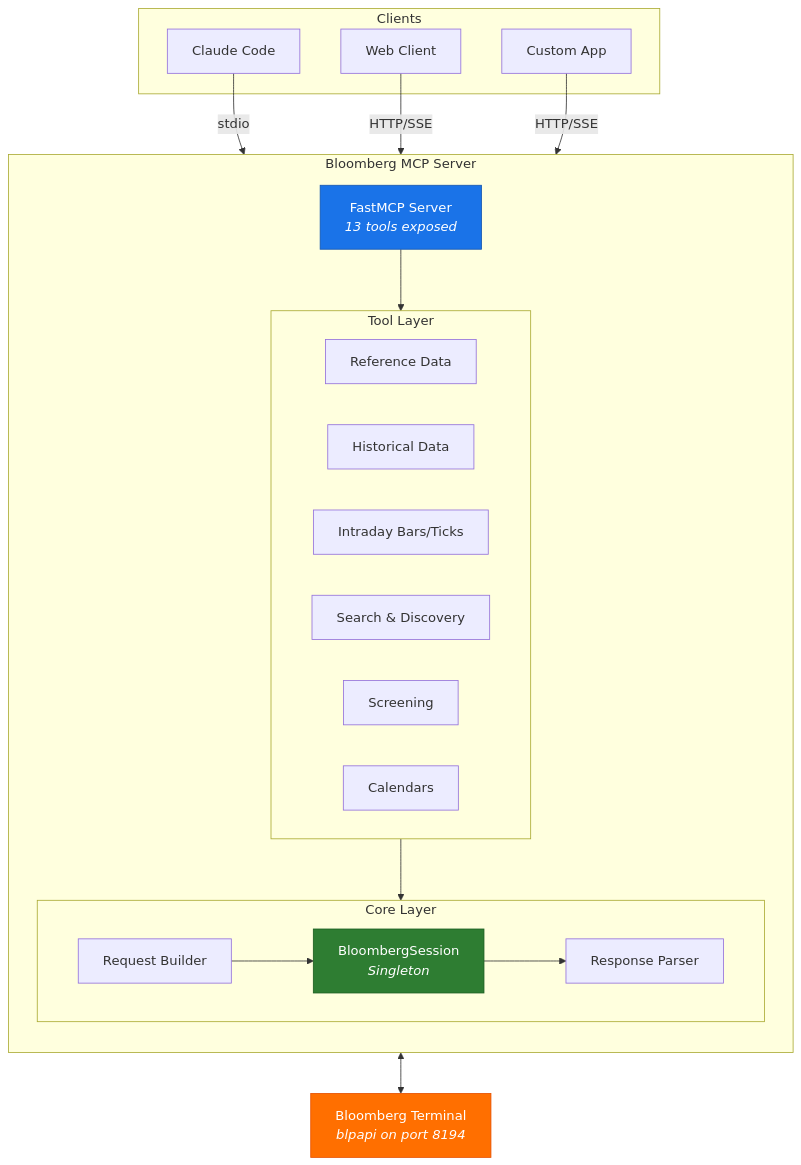
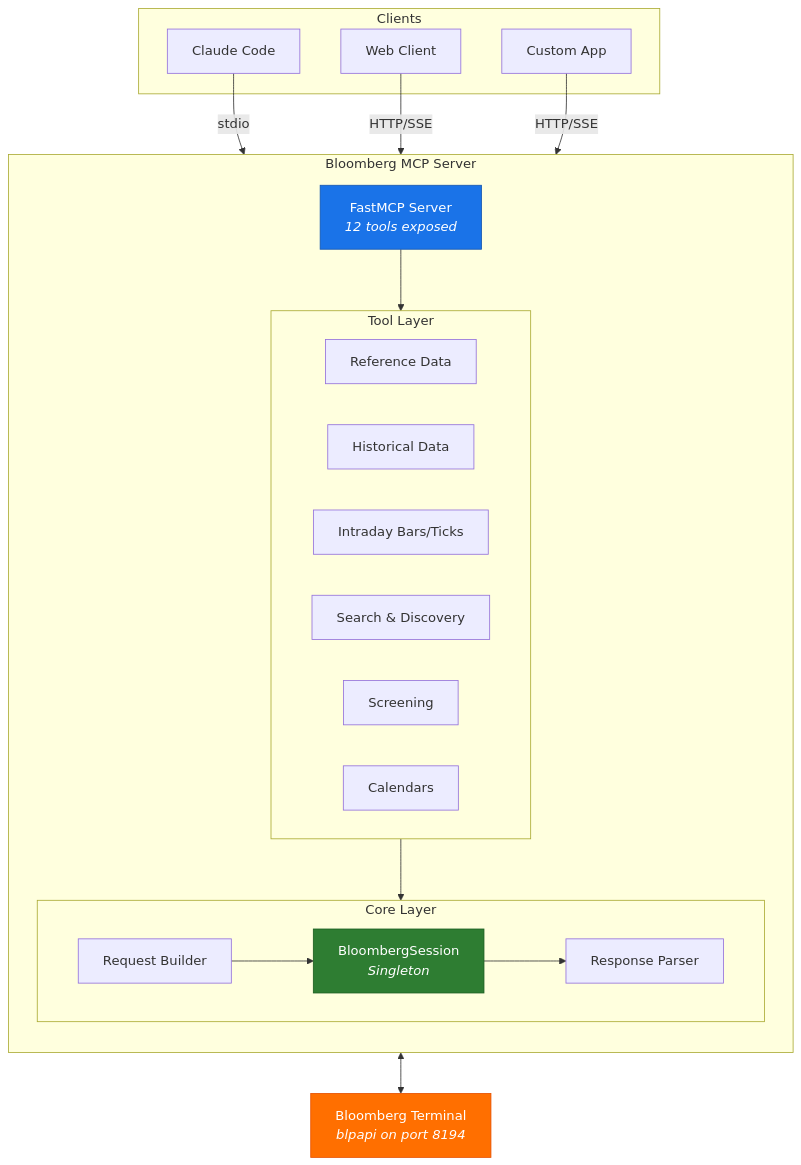
Before and after one commit to tajmahal226/bloomberg-mcp-tj: the first of 6 diagrams in README.md, drawn with Mermaid. The commit also changed other lines of this file and 9 other files, not shown here.

````diff
--- a/README.md
+++ b/README.md
@@ -26,45 +26,45 @@
 ```mermaid
 graph TB
     subgraph Clients
         CC[Claude Code]
         WC[Web Client]
         CA[Custom App]
     end
 
     subgraph "Bloomberg MCP Server"
         direction TB
-        MCP["FastMCP Server<br/><i>13 tools exposed</i>"]
+        MCP["FastMCP Server<br/><i>12 tools exposed</i>"]
 
         subgraph Tools["Tool Layer"]
             direction LR
             REF[Reference Data]
             HIST[Historical Data]
             INTRA[Intraday Bars/Ticks]
             SEARCH[Search & Discovery]
             SCREEN[Screening]
             CAL[Calendars]
         end
 
         subgraph Core["Core Layer"]
             direction LR
             SESSION["BloombergSession<br/><i>Singleton</i>"]
             REQ[Request Builder]
             RESP[Response Parser]
         end
     end
 
     BBG["Bloomberg Terminal<br/><i>blpapi on port 8194</i>"]
 
     CC -- stdio --> MCP
     WC -- HTTP/SSE --> MCP
     CA -- HTTP/SSE --> MCP
     MCP --> Tools
     Tools --> Core
     SESSION <--> BBG
     REQ --> SESSION
     SESSION --> RESP
 
     style MCP fill:#1a73e8,stroke:#1557b0,color:#fff
     style BBG fill:#ff6f00,stroke:#e65100,color:#fff
     style SESSION fill:#2e7d32,stroke:#1b5e20,color:#fff
 ```
````
